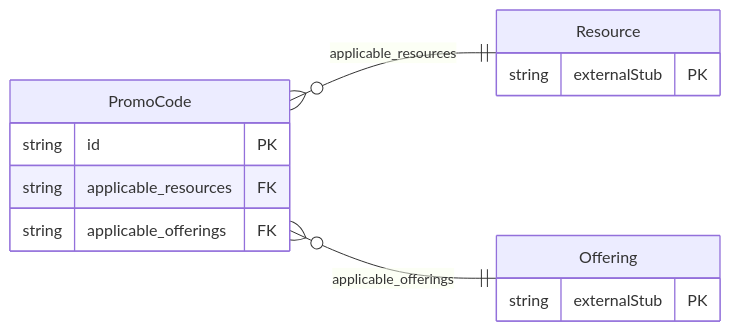
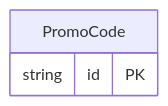
One commit to oh-tarnished/freebusy changed the diagram in protobuf/generated/prisma/freebusy/promocode/README.md. Above: the diagram before and after it, drawn with Mermaid. The commit also changed 33 other files, not shown here.

````diff
--- a/protobuf/generated/prisma/freebusy/promocode/README.md
+++ b/protobuf/generated/prisma/freebusy/promocode/README.md
@@ -13,17 +13,7 @@
 ```mermaid
 erDiagram
     direction LR
     PromoCode {
         string id PK
-        string applicable_resources FK
-        string applicable_offerings FK
     }
-    Offering {
-        string externalStub PK
-    }
-    Resource {
-        string externalStub PK
-    }
-    PromoCode }o--|| Resource : "applicable_resources"
-    PromoCode }o--|| Offering : "applicable_offerings"
 ```
````
